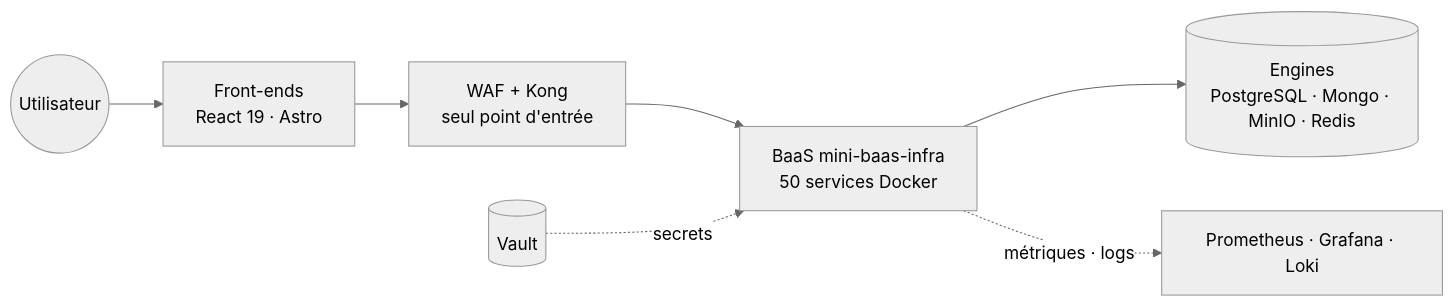
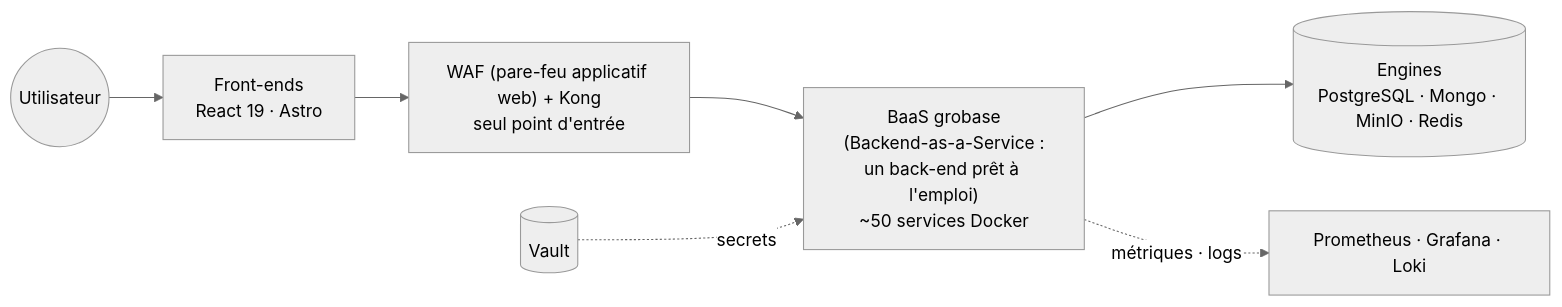
The first of 12 diagrams in wiki/dossier/osionos-dossier-projet.md (Univers42/grobase), drawn with Mermaid (neutral theme) before and after one commit. The commit also changed other lines of this file and 1 other file, not shown here.

Commit message:
docs(dossier): pass-2 backend/security compliance — corrected metrics, removed fabricated artifact refs, fixed snippets/links to current lean tree

````diff
--- a/wiki/dossier/osionos-dossier-projet.md
+++ b/wiki/dossier/osionos-dossier-projet.md
@@ -131,9 +131,9 @@
 ```mermaid
 flowchart LR
     USER(("Utilisateur")) --> FRONT["Front-ends<br/>React 19 · Astro"]
-    FRONT --> EDGE["WAF + Kong<br/>seul point d'entrée"]
-    EDGE --> BAAS["BaaS mini-baas-infra<br/>50 services Docker"]
+    FRONT --> EDGE["WAF (pare-feu applicatif web) + Kong<br/>seul point d'entrée"]
+    EDGE --> BAAS["BaaS grobase<br/>(Backend-as-a-Service :<br/>un back-end prêt à l'emploi)<br/>~50 services Docker"]
     BAAS --> ENGINES[("Engines<br/>PostgreSQL · Mongo · MinIO · Redis")]
     VAULT[("Vault")] -.->|secrets| BAAS
     BAAS -.->|métriques · logs| OBS["Prometheus · Grafana · Loki"]
 ```
````
